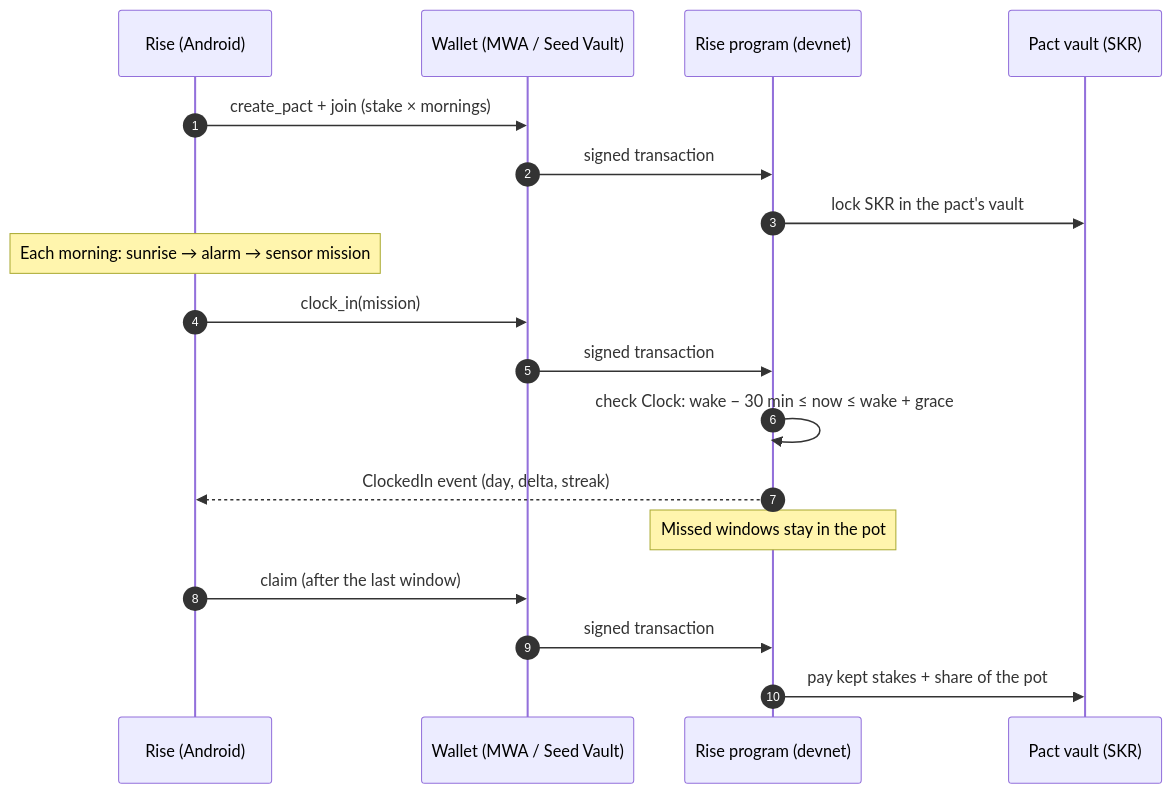
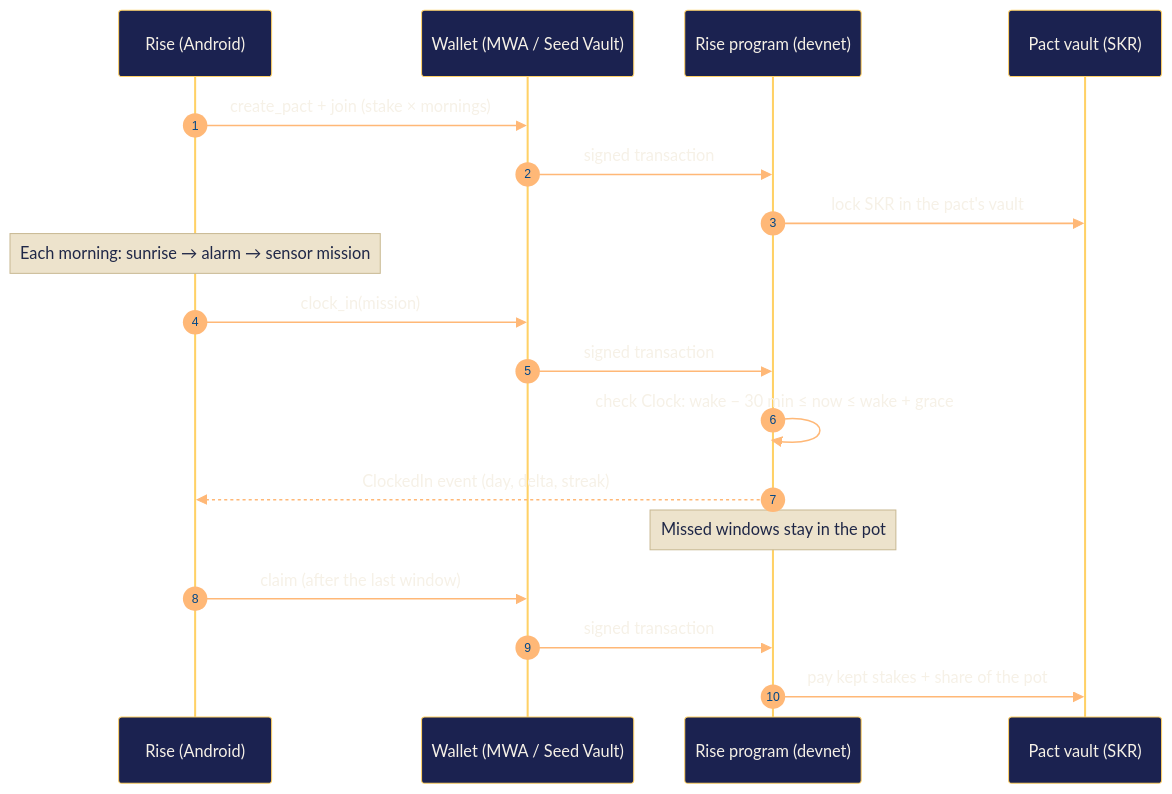
Before and after one commit to RohanGlitched/rise-clockin: the first of 2 diagrams in README.md, drawn with Mermaid. The commit also changed other lines of this file and 39 other files, not shown here.

````diff
--- a/README.md
+++ b/README.md
@@ -77,21 +81,22 @@
 ```mermaid
+%%{init: {'theme':'base','themeVariables':{'primaryColor':'#1b2250','primaryTextColor':'#f6f1e7','primaryBorderColor':'#ffd166','lineColor':'#ffb877','secondaryColor':'#2b2452','tertiaryColor':'#0e1430','actorBkg':'#1b2250','actorBorder':'#ffd166','actorTextColor':'#f6f1e7','signalColor':'#ffb877','signalTextColor':'#f6f1e7','noteBkgColor':'#ede3cc','noteTextColor':'#1f2747','noteBorderColor':'#c9b993','clusterBkg':'#0e1430','clusterBorder':'#3c2f63','edgeLabelBackground':'#0e1430','fontFamily':'Bricolage Grotesque, system-ui, sans-serif'}}}%%
 sequenceDiagram
     autonumber
     participant A as Rise (Android)
     participant W as Wallet (MWA / Seed Vault)
     participant P as Rise program (devnet)
     participant V as Pact vault (SKR)
 
     A->>W: create_pact + join (stake × mornings)
     W->>P: signed transaction
     P->>V: lock SKR in the pact's vault
     Note over A: Each morning: sunrise → alarm → sensor mission
     A->>W: clock_in(mission)
     W->>P: signed transaction
     P->>P: check Clock: wake − 30 min ≤ now ≤ wake + grace
     P-->>A: ClockedIn event (day, delta, streak)
     Note over P: Missed windows stay in the pot
     A->>W: claim (after the last window)
     W->>P: signed transaction
     P->>V: pay kept stakes + share of the pot
 ```
````
